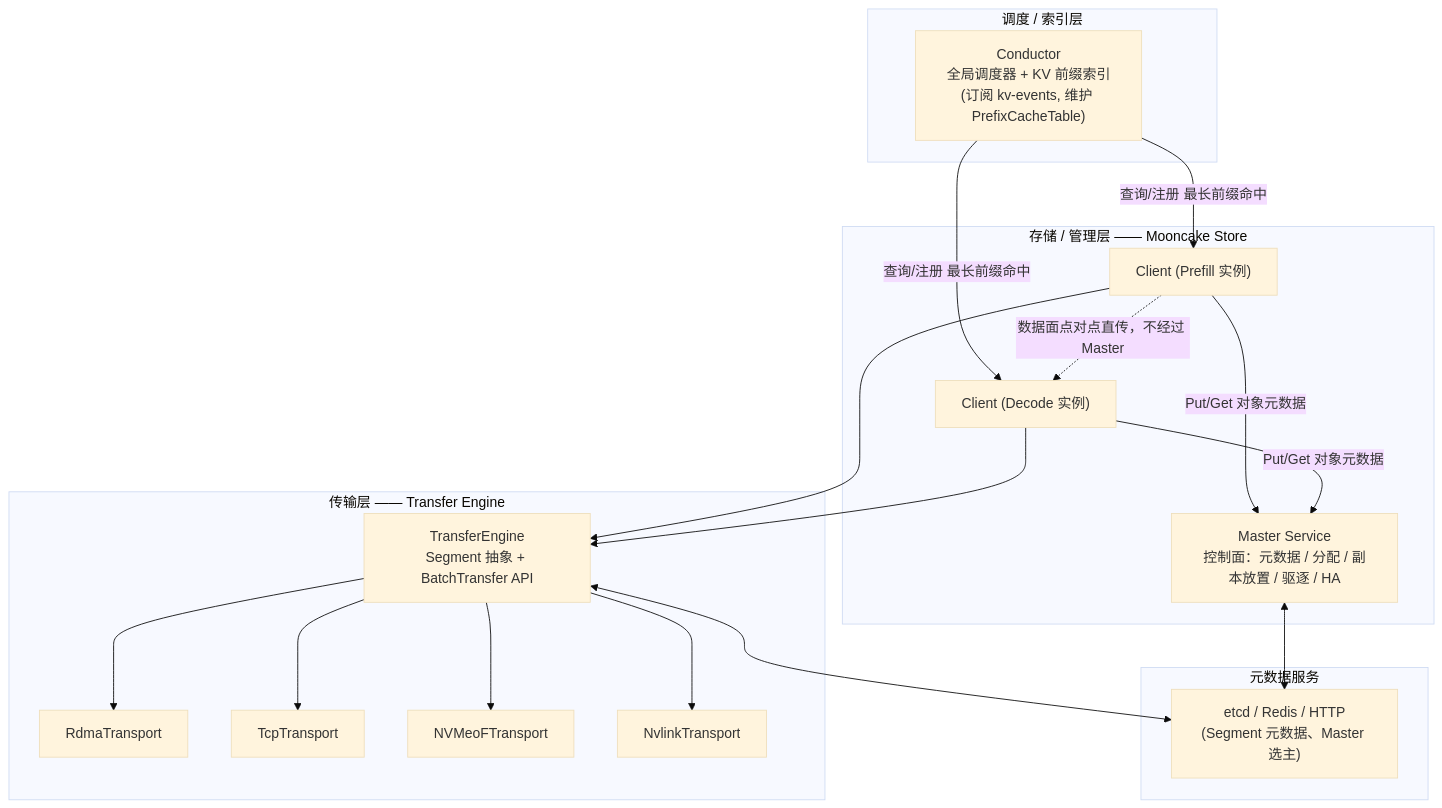
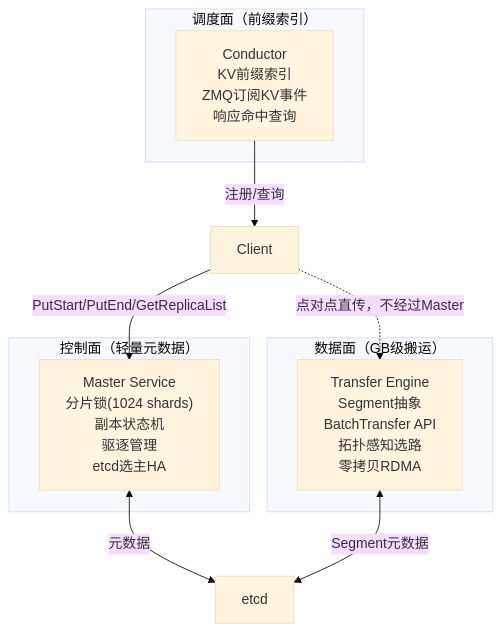
The second of 2 diagrams in docs/topics/inference-frameworks.md (Lyr-GW/interview-docs), drawn with Mermaid (base theme) before and after one commit. The commit also changed other lines of this file and 19 other files, not shown here.

````diff
--- a/docs/topics/inference-frameworks.md
+++ b/docs/topics/inference-frameworks.md
@@ -369,38 +130,17 @@
 ```mermaid
 graph TB
-    subgraph "调度 / 索引层"
-        Conductor["Conductor<br/>全局调度器 + KV 前缀索引<br/>(订阅 kv-events, 维护 PrefixCacheTable)"]
+    subgraph "控制面（轻量元数据）"
+        Master["Master Service<br/>分片锁(1024 shards)<br/>副本状态机<br/>驱逐管理<br/>etcd选主HA"]
     end
-
-    subgraph "存储 / 管理层 —— Mooncake Store"
-        Master["Master Service<br/>控制面：元数据 / 分配 / 副本放置 / 驱逐 / HA"]
-        ClientP["Client (Prefill 实例)"]
-        ClientD["Client (Decode 实例)"]
+    subgraph "数据面（GB级搬运）"
+        TE["Transfer Engine<br/>Segment抽象<br/>BatchTransfer API<br/>拓扑感知选路<br/>零拷贝RDMA"]
     end
-
-    subgraph "传输层 —— Transfer Engine"
-        TE["TransferEngine<br/>Segment 抽象 + BatchTransfer API"]
-        RDMA["RdmaTransport"]
-        TCP["TcpTransport"]
-        NVMEoF["NVMeoFTransport"]
-        NVLink["NvlinkTransport"]
+    subgraph "调度面（前缀索引）"
+        Conductor["Conductor<br/>KV前缀索引<br/>ZMQ订阅KV事件<br/>响应命中查询"]
     end
-
-    subgraph "元数据服务"
-        ETCD["etcd / Redis / HTTP<br/>(Segment 元数据、Master 选主)"]
-    end
-
-    Conductor -->|查询/注册 最长前缀命中| ClientP
-    Conductor -->|查询/注册 最长前缀命中| ClientD
-    ClientP -->|Put/Get 对象元数据| Master
-    ClientD -->|Put/Get 对象元数据| Master
-    ClientP -.数据面点对点直传，不经过 Master.-> ClientD
-    ClientP --> TE
-    ClientD --> TE
-    TE --> RDMA
-    TE --> TCP
-    TE --> NVMEoF
-    TE --> NVLink
-    Master <--> ETCD
-    TE <--> ETCD
+    Conductor -->|注册/查询| Client
+    Client -->|PutStart/PutEnd/GetReplicaList| Master
+    Client -.点对点直传，不经过Master.-> TE
+    Master <-->|元数据| ETCD["etcd"]
+    TE <-->|Segment元数据| ETCD
 ```
````
